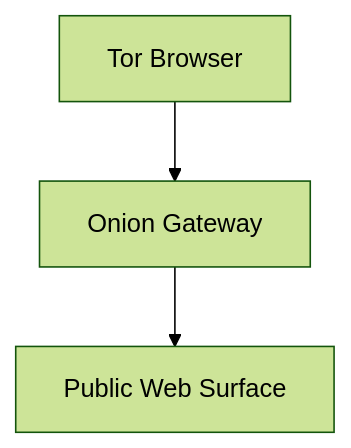
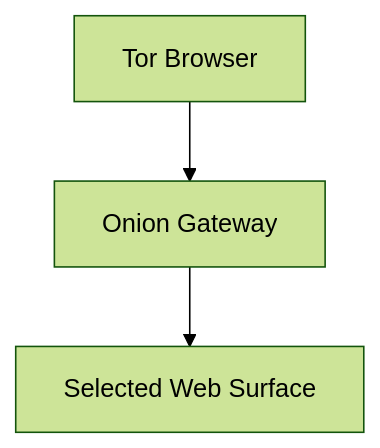
Before and after one commit to enigm-llc/docs: the diagram in platform/tor-gateway.mdx, drawn with Mermaid (forest theme). The commit also changed other lines of this file and 53 other files, not shown here.

````diff
--- a/platform/tor-gateway.mdx
+++ b/platform/tor-gateway.mdx
@@ -19,9 +21,9 @@
 ```mermaid
 flowchart TD
   Browser["Tor Browser"]
   Gateway["Onion Gateway"]
-  Public["Public Web Surface"]
+  Public["Selected Web Surface"]
 
   Browser --> Gateway
   Gateway --> Public
 ```
````
